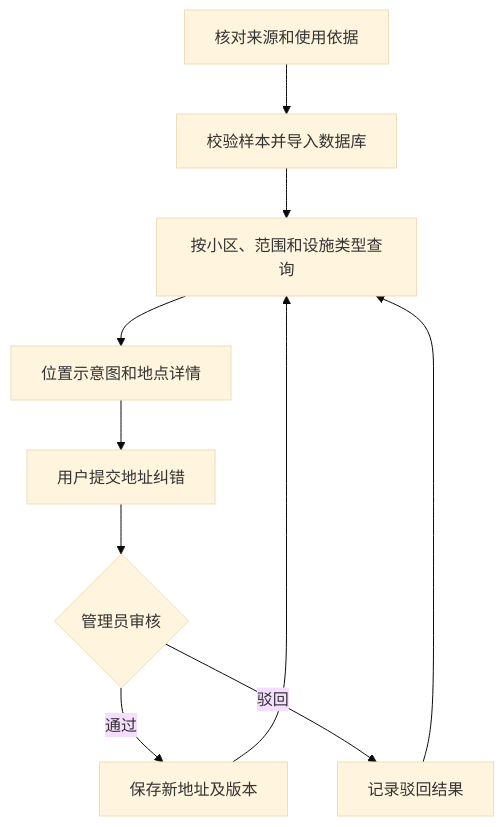
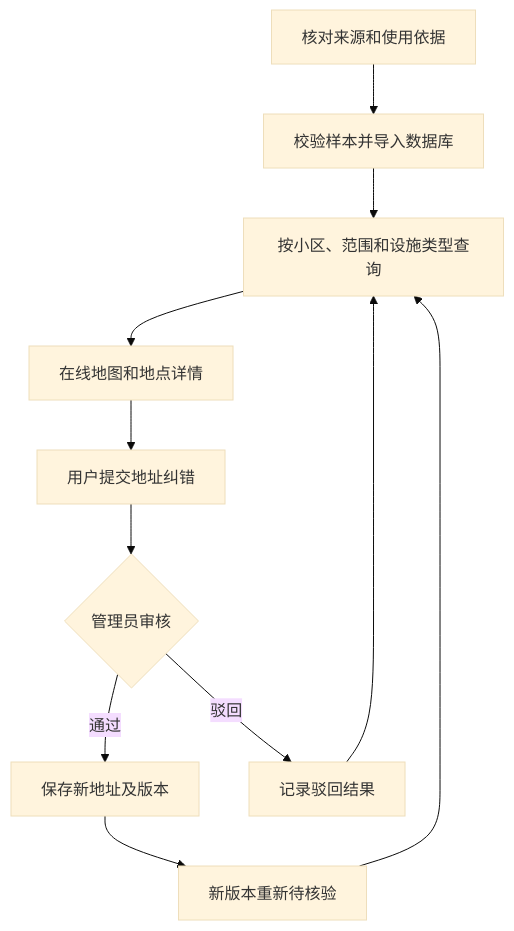
The first of 2 diagrams in docs/初赛设计说明草稿.md (LianMin099/linjing), drawn with Mermaid (base theme) before and after one commit. The commit also changed other lines of this file and 3 other files, not shown here.

````diff
--- a/docs/初赛设计说明草稿.md
+++ b/docs/初赛设计说明草稿.md
@@ -11,12 +11,13 @@
 ```mermaid
 flowchart TD
   A[核对来源和使用依据] --> B[校验样本并导入数据库]
   B --> C[按小区、范围和设施类型查询]
-  C --> D[位置示意图和地点详情]
+  C --> D[在线地图和地点详情]
   D --> E[用户提交地址纠错]
   E --> F{管理员审核}
   F -->|通过| G[保存新地址及版本]
   F -->|驳回| H[记录驳回结果]
-  G --> C
+  G --> I[新版本重新待核验]
+  I --> C
   H --> C
 ```
````
